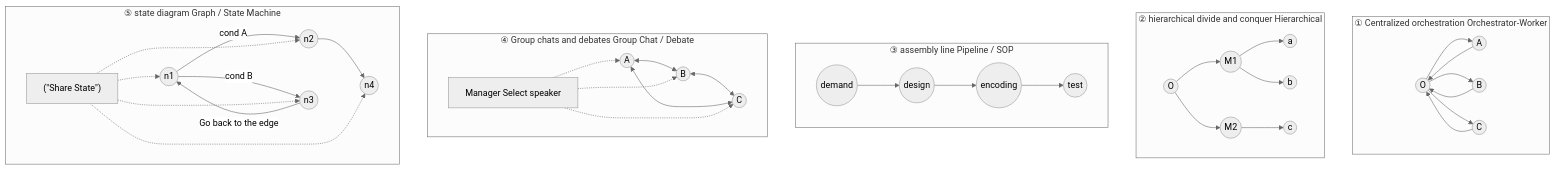
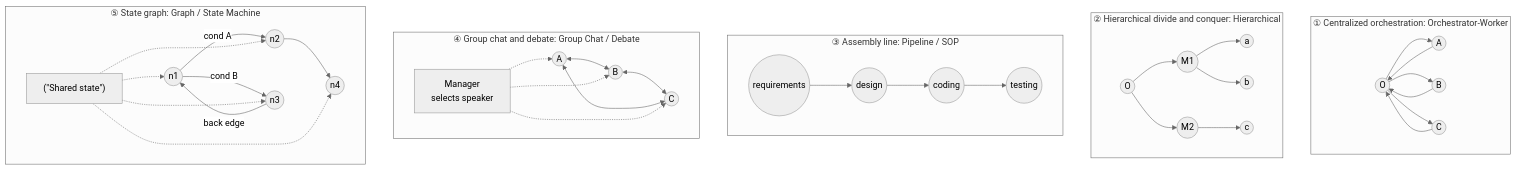
The eighth of 50 diagrams in _translations/en/research/AI-Agent-Survey.md (TingdeLiu/tingdeliu.github.io), drawn with Mermaid (neutral theme) before and after one commit. The commit also changed other lines of this file and 51 other files, not shown here.

````diff
--- a/_translations/en/research/AI-Agent-Survey.md
+++ b/_translations/en/research/AI-Agent-Survey.md
@@ -517,28 +517,28 @@
 ```mermaid
 flowchart TB
-    subgraph T1["① Centralized orchestration Orchestrator-Worker"]
+    subgraph T1["① Centralized orchestration: Orchestrator-Worker"]
         O1(("O")) --> A1(("A")) & B1(("B")) & C1(("C"))
         A1 & B1 & C1 --> O1
     end
-    subgraph T2["② hierarchical divide and conquer Hierarchical"]
+    subgraph T2["② Hierarchical divide and conquer: Hierarchical"]
         O2(("O")) --> M1(("M1")) & M2(("M2"))
         M1 --> X1(("a")) & X2(("b"))
         M2 --> X3(("c"))
     end
-    subgraph T3["③ assembly line Pipeline / SOP"]
-        P1(("demand")) --> P2(("design")) --> P3(("encoding")) --> P4(("test"))
+    subgraph T3["③ Assembly line: Pipeline / SOP"]
+        P1(("requirements")) --> P2(("design")) --> P3(("coding")) --> P4(("testing"))
     end
-    subgraph T4["④ Group chats and debates Group Chat / Debate"]
+    subgraph T4["④ Group chat and debate: Group Chat / Debate"]
         G1(("A")) <--> G2(("B"))
         G2 <--> G3(("C"))
         G1 <--> G3
-        GM["Manager Select speaker"] -.-> G1 & G2 & G3
+        GM["Manager\nselects speaker"] -.-> G1 & G2 & G3
     end
-    subgraph T5["⑤ state diagram Graph / State Machine"]
+    subgraph T5["⑤ State graph: Graph / State Machine"]
         S1(("n1")) -->|"cond A"| S2(("n2"))
         S1 -->|"cond B"| S3(("n3"))
         S2 --> S4(("n4"))
-        S3 -->|"Go back to the edge"| S1
-        ST["(&quot;Share State&quot;)"] -.-> S1 & S2 & S3 & S4
+        S3 -->|"back edge"| S1
+        ST["(&quot;Shared state&quot;)"] -.-> S1 & S2 & S3 & S4
     end
 ```
````
